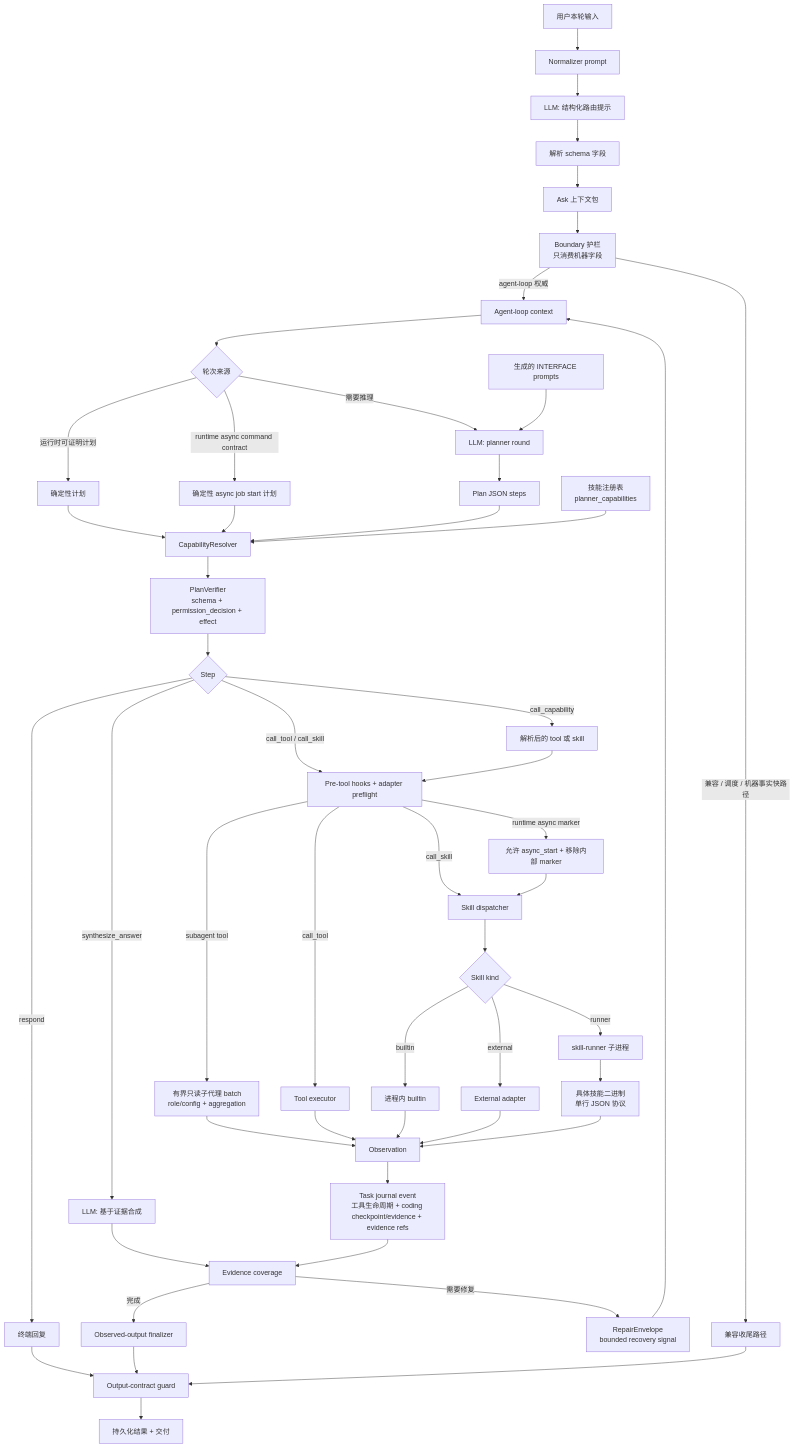
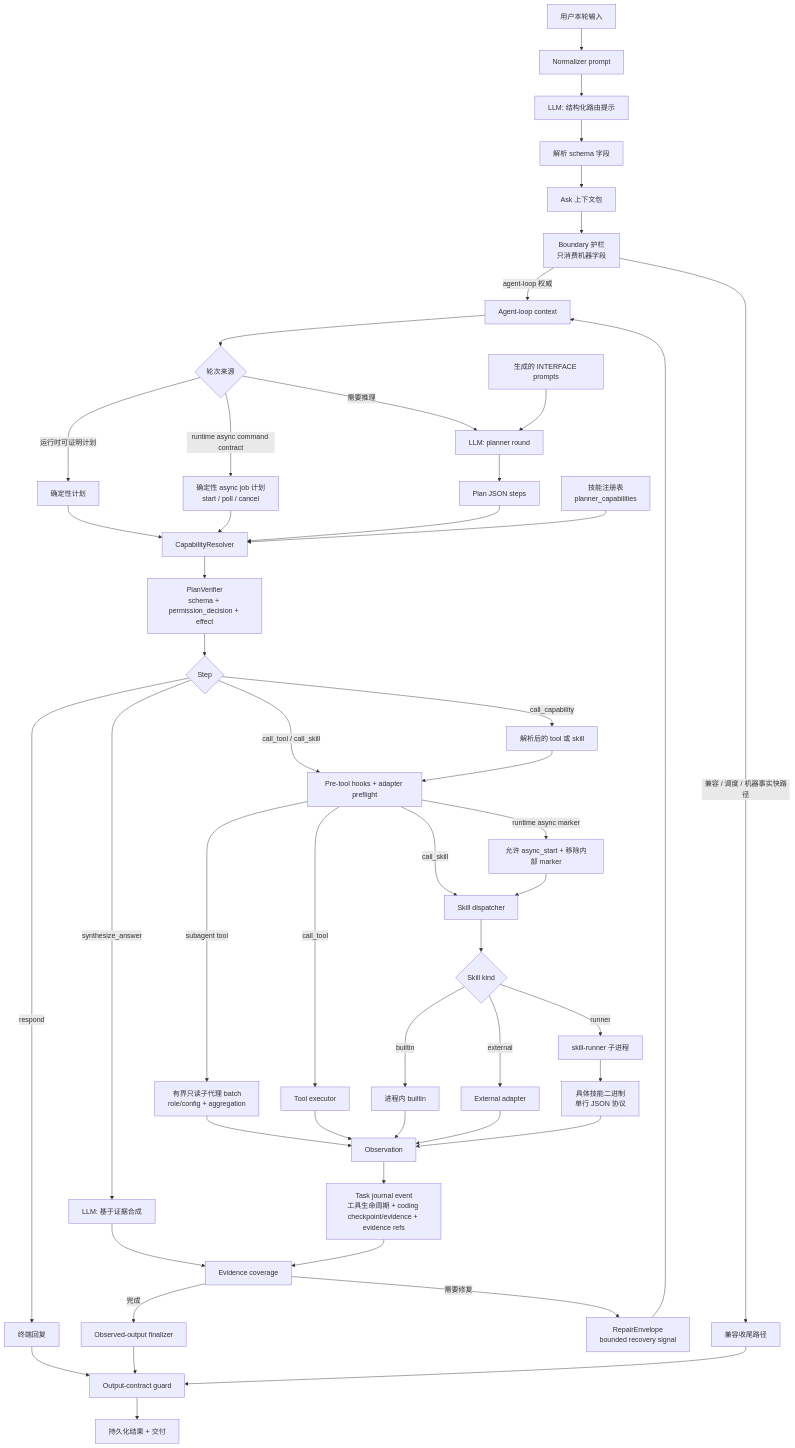
One commit to MatrixCoreX/RustClaw changed the second of 3 diagrams in README.zh-CN.md. Above: the diagram before and after it, drawn with Mermaid. The commit also changed other lines of this file and 1 other file, not shown here.

Commit message:
Document async media capability flow

````diff
--- a/README.zh-CN.md
+++ b/README.zh-CN.md
@@ -120,52 +120,52 @@
 ```mermaid
 flowchart TD
     A[用户本轮输入] --> B[Normalizer prompt]
     B --> C[LLM: 结构化路由提示]
     C --> D[解析 schema 字段]
     D --> E[Ask 上下文包]
     E --> F[Boundary 护栏<br/>只消费机器字段]
     F -->|agent-loop 权威| G[Agent-loop context]
     F -->|兼容 / 调度 / 机器事实快路径| H[兼容收尾路径]
     G --> I{轮次来源}
     I -->|运行时可证明计划| J[确定性计划]
-    I -->|runtime async command contract| JA[确定性 async job start 计划]
+    I -->|runtime async command contract| JA[确定性 async job 计划<br/>start / poll / cancel]
     I -->|需要推理| K[LLM: planner round]
     K --> L[Plan JSON steps]
     J --> M[CapabilityResolver]
     JA --> M
     L --> M
     N[技能注册表<br/>planner_capabilities] --> M
     O[生成的 INTERFACE prompts] --> K
     M --> P[PlanVerifier<br/>schema + permission_decision + effect]
     P --> Q{Step}
     Q -->|call_capability| R[解析后的 tool 或 skill]
     Q -->|call_tool / call_skill| QA[Pre-tool hooks + adapter preflight]
     R --> QA
     QA -->|runtime async marker| AR[允许 async_start + 移除内部 marker]
     QA -->|subagent tool| SS[有界只读子代理 batch<br/>role/config + aggregation]
     QA -->|call_tool| S[Tool executor]
     QA -->|call_skill| T[Skill dispatcher]
     AR --> T
     T --> U{Skill kind}
     U -->|builtin| V[进程内 builtin]
     U -->|external| W[External adapter]
     U -->|runner| X[skill-runner 子进程]
     X --> Y[具体技能二进制<br/>单行 JSON 协议]
     SS --> Z
     S --> Z[Observation]
     V --> Z
     W --> Z
     Y --> Z
     Z --> ZEV[Task journal event<br/>工具生命周期 + coding checkpoint/evidence + evidence refs]
     Q -->|synthesize_answer| ZA[LLM: 基于证据合成]
     Q -->|respond| ZB[终端回复]
     ZA --> ZC[Evidence coverage]
     ZEV --> ZC
     ZC -->|需要修复| ZR[RepairEnvelope<br/>bounded recovery signal]
     ZR --> G
     ZC -->|完成| ZD[Observed-output finalizer]
     ZB --> ZE[Output-contract guard]
     ZD --> ZE
     H --> ZE
     ZE --> ZF[持久化结果 + 交付]
 ```
````
